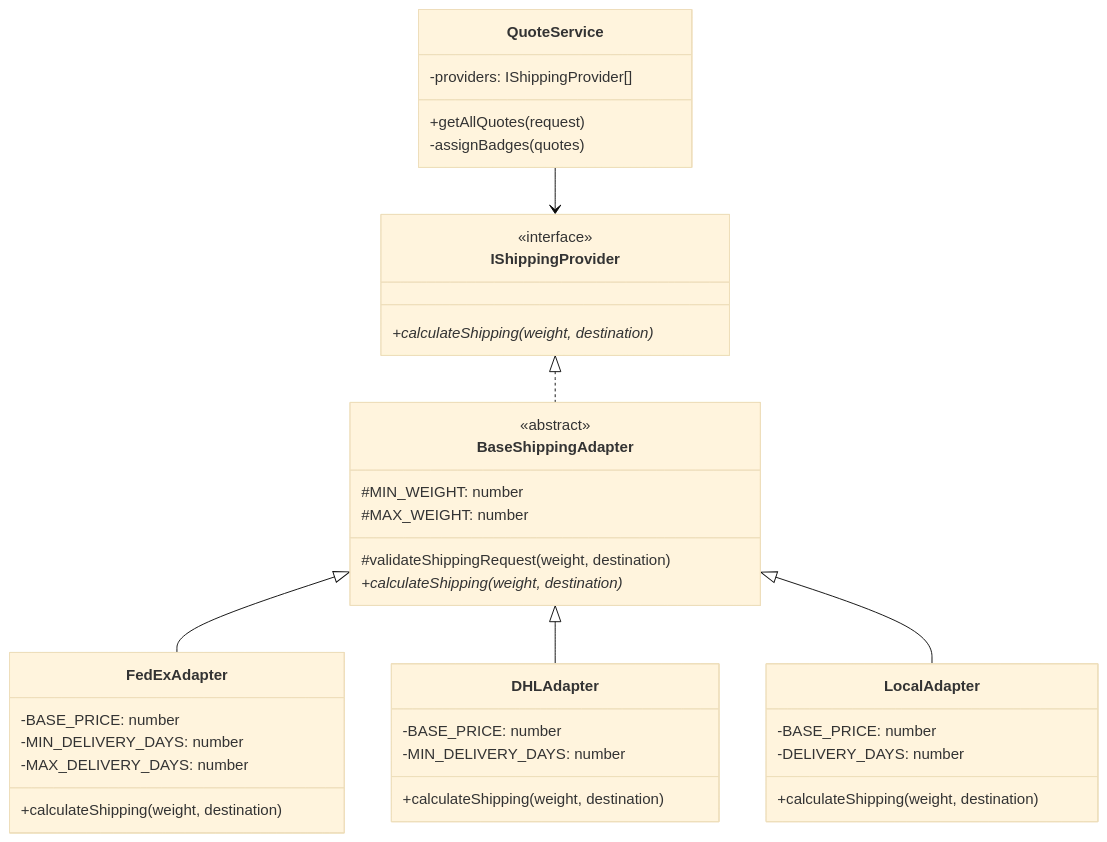
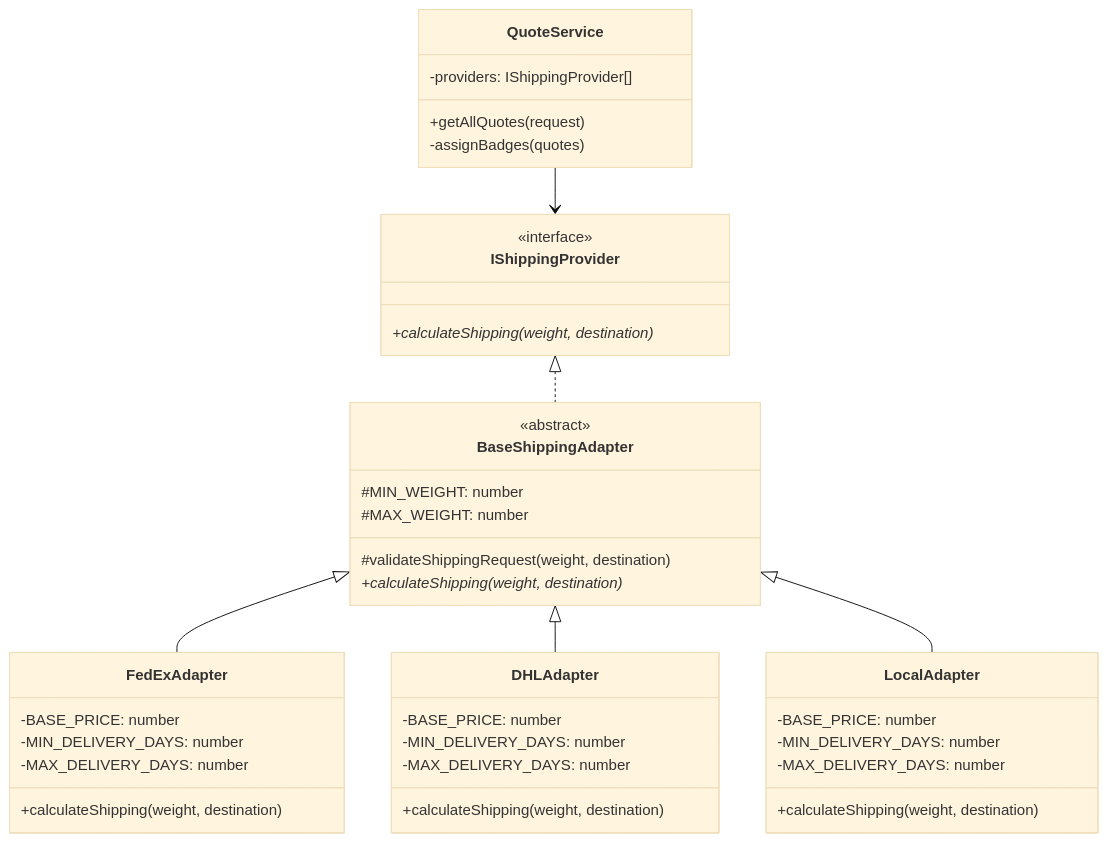
The diagram in .github/ARCHITECTURE.md (J-Ciro/logistics-optimizer), drawn with Mermaid (base theme) before and after one commit. The commit also changed other lines of this file and 2 other files, not shown here.

Commit message:
docs: update architecture and copilot instructions

````diff
--- a/.github/ARCHITECTURE.md
+++ b/.github/ARCHITECTURE.md
@@ -18,46 +18,48 @@
 ```mermaid
 classDiagram
     class IShippingProvider {
         <<interface>>
         +calculateShipping(weight, destination)*
     }
 
     class BaseShippingAdapter {
         <<abstract>>
         #MIN_WEIGHT: number
         #MAX_WEIGHT: number
         #validateShippingRequest(weight, destination)
         +calculateShipping(weight, destination)*
     }
 
     class FedExAdapter {
         -BASE_PRICE: number
         -MIN_DELIVERY_DAYS: number
         -MAX_DELIVERY_DAYS: number
         +calculateShipping(weight, destination)
     }
 
     class DHLAdapter {
         -BASE_PRICE: number
         -MIN_DELIVERY_DAYS: number
+        -MAX_DELIVERY_DAYS: number
         +calculateShipping(weight, destination)
     }
 
     class LocalAdapter {
         -BASE_PRICE: number
-        -DELIVERY_DAYS: number
+        -MIN_DELIVERY_DAYS: number
+        -MAX_DELIVERY_DAYS: number
         +calculateShipping(weight, destination)
     }
 
     class QuoteService {
         -providers: IShippingProvider[]
         +getAllQuotes(request)
         -assignBadges(quotes)
     }
 
     IShippingProvider <|.. BaseShippingAdapter
     BaseShippingAdapter <|-- FedExAdapter
     BaseShippingAdapter <|-- DHLAdapter
     BaseShippingAdapter <|-- LocalAdapter
     QuoteService --> IShippingProvider
 ```
````
